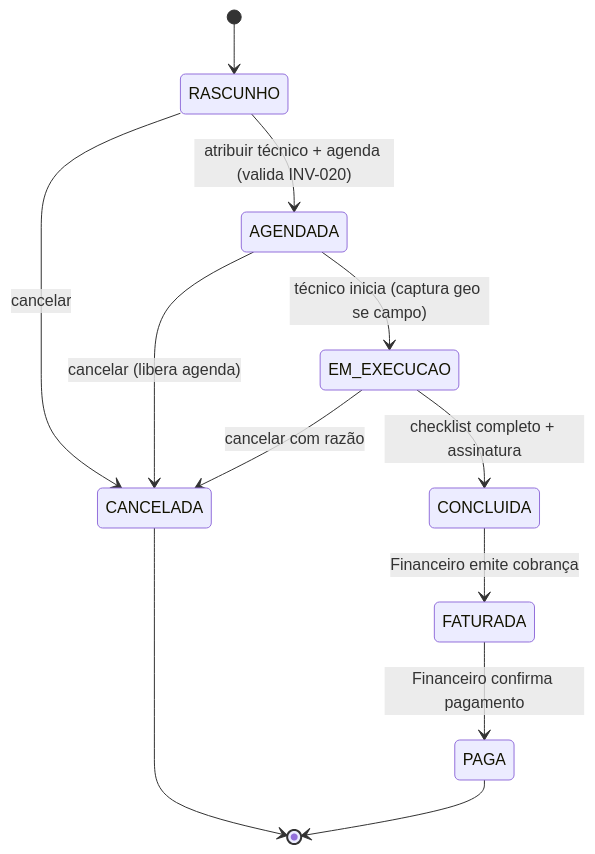
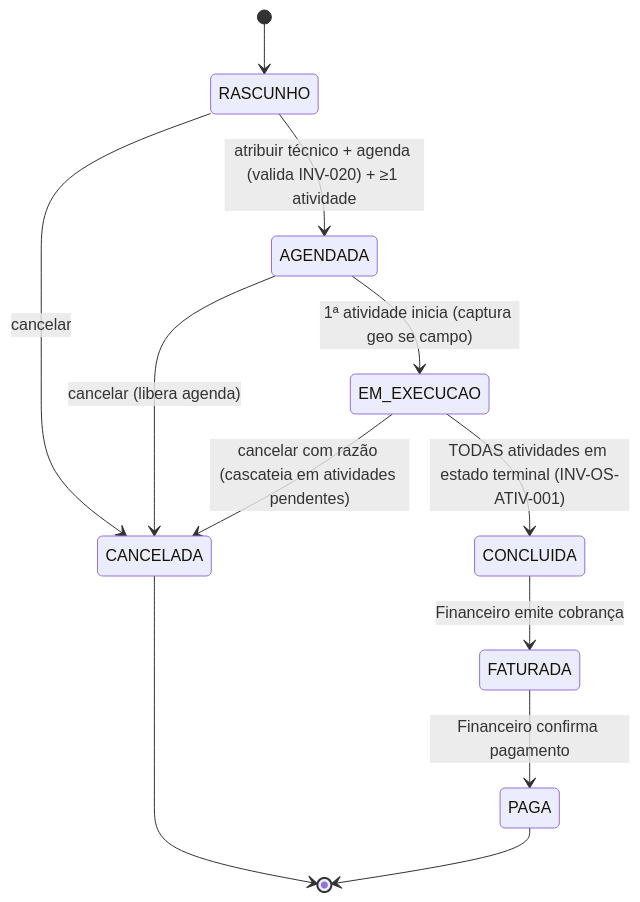
One commit to roldaobatista/Certificado-Calibracao changed the first of 2 diagrams in docs/dominios/operacao/modulos/os/modelo-de-dominio.md. Above: the diagram before and after it, drawn with Mermaid. The commit also changed other lines of this file and 5 other files, not shown here.

````diff
--- a/docs/dominios/operacao/modulos/os/modelo-de-dominio.md
+++ b/docs/dominios/operacao/modulos/os/modelo-de-dominio.md
@@ -44,14 +55,14 @@
 ```mermaid
 stateDiagram-v2
     [*] --> RASCUNHO
-    RASCUNHO --> AGENDADA: atribuir técnico + agenda (valida INV-020)
+    RASCUNHO --> AGENDADA: atribuir técnico + agenda (valida INV-020) + ≥1 atividade
     RASCUNHO --> CANCELADA: cancelar
-    AGENDADA --> EM_EXECUCAO: técnico inicia (captura geo se campo)
+    AGENDADA --> EM_EXECUCAO: 1ª atividade inicia (captura geo se campo)
     AGENDADA --> CANCELADA: cancelar (libera agenda)
-    EM_EXECUCAO --> CONCLUIDA: checklist completo + assinatura
-    EM_EXECUCAO --> CANCELADA: cancelar com razão
+    EM_EXECUCAO --> CONCLUIDA: TODAS atividades em estado terminal (INV-OS-ATIV-001)
+    EM_EXECUCAO --> CANCELADA: cancelar com razão (cascateia em atividades pendentes)
     CONCLUIDA --> FATURADA: Financeiro emite cobrança
     FATURADA --> PAGA: Financeiro confirma pagamento
     CANCELADA --> [*]
     PAGA --> [*]
 ```
````
